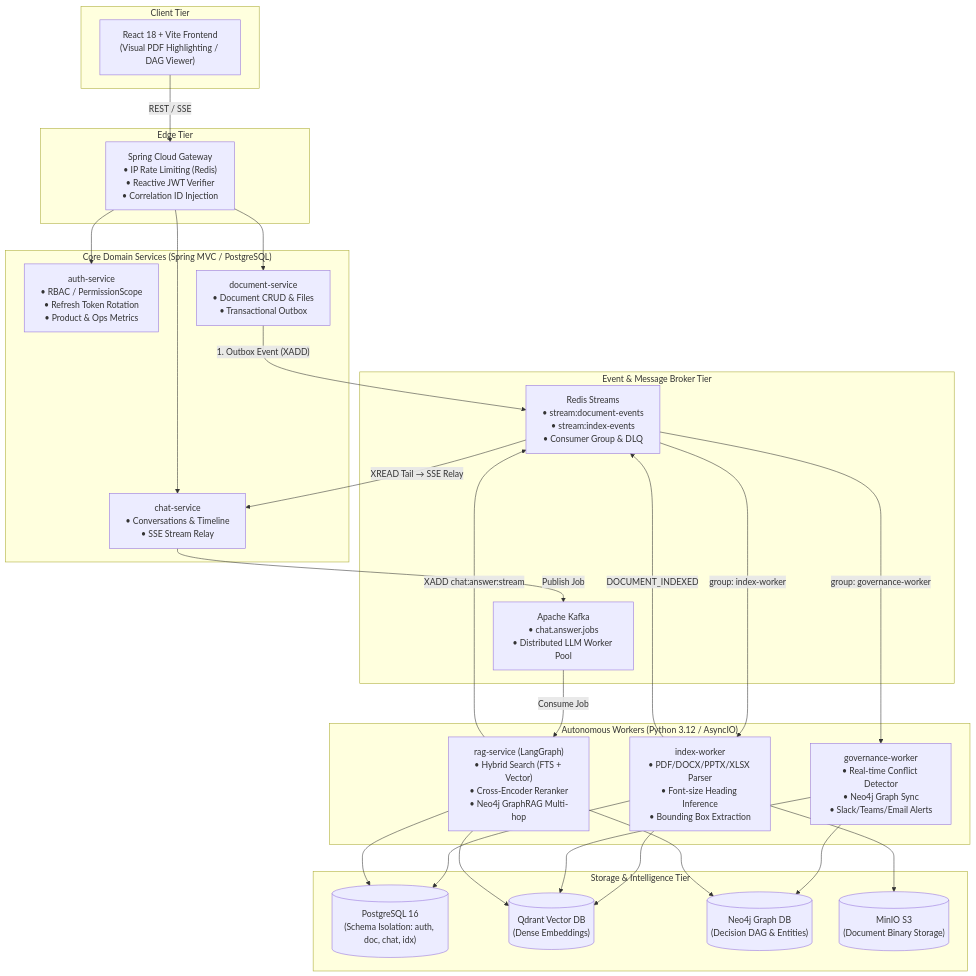
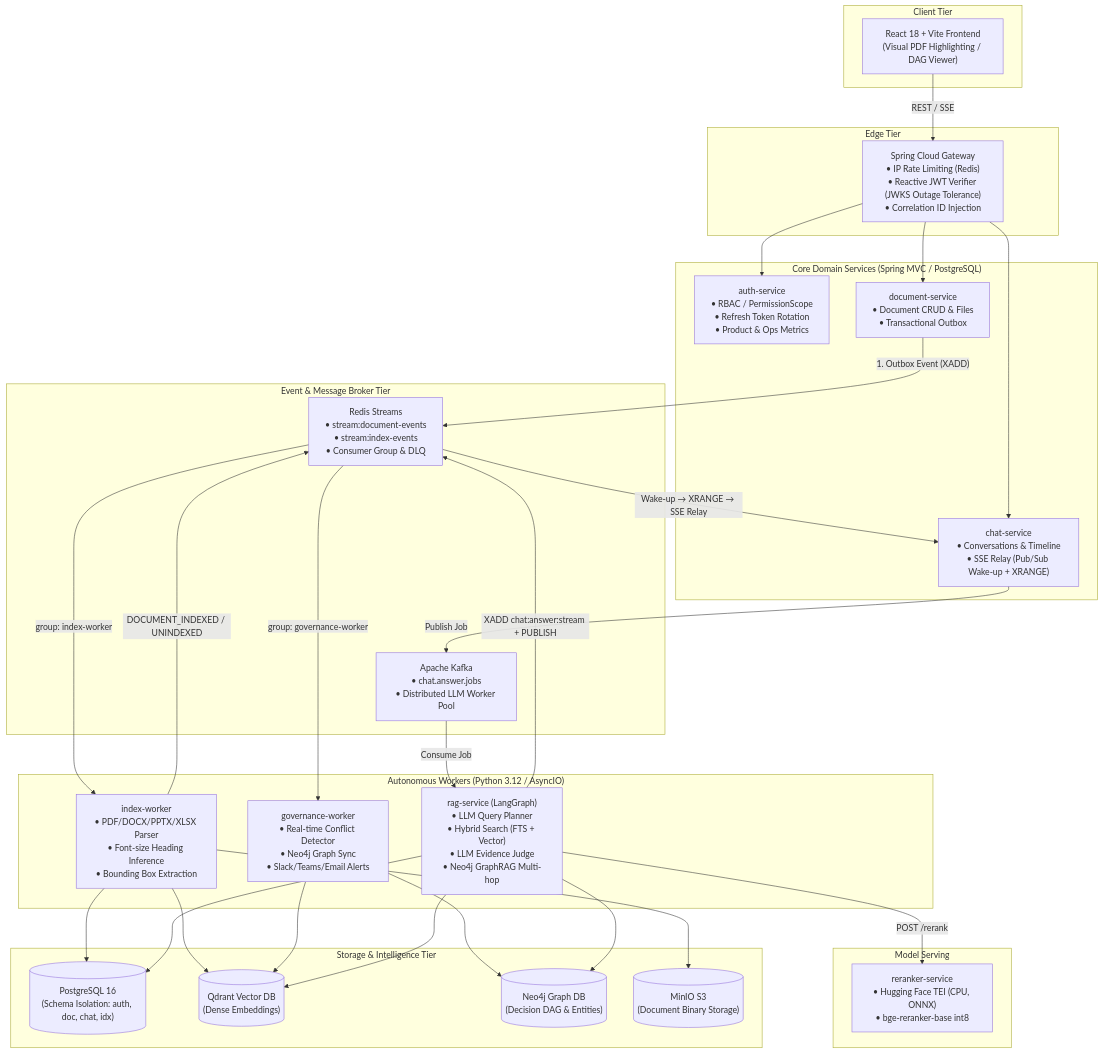
The diagram in README.md (bbbbb0413/org-decision-history), drawn with Mermaid before and after one commit. The commit also changed other lines of this file and 191 other files, not shown here.

First line of the commit message:
feat: reranker serving, SSE pub/sub relay, gateway auth resilience, LLM query planning and evidence judging

````diff
--- a/README.md
+++ b/README.md
@@ -39,59 +39,64 @@
 ```mermaid
 flowchart TB
     subgraph Client["Client Tier"]
         UI["React 18 + Vite Frontend<br/>(Visual PDF Highlighting / DAG Viewer)"]
     end
 
     subgraph Edge["Edge Tier"]
-        GW["Spring Cloud Gateway<br/>• IP Rate Limiting (Redis)<br/>• Reactive JWT Verifier<br/>• Correlation ID Injection"]
+        GW["Spring Cloud Gateway<br/>• IP Rate Limiting (Redis)<br/>• Reactive JWT Verifier (JWKS Outage Tolerance)<br/>• Correlation ID Injection"]
     end
 
     subgraph CoreServices["Core Domain Services (Spring MVC / PostgreSQL)"]
         AUTH["auth-service<br/>• RBAC / PermissionScope<br/>• Refresh Token Rotation<br/>• Product & Ops Metrics"]
         DOC["document-service<br/>• Document CRUD & Files<br/>• Transactional Outbox"]
-        CHAT["chat-service<br/>• Conversations & Timeline<br/>• SSE Stream Relay"]
+        CHAT["chat-service<br/>• Conversations & Timeline<br/>• SSE Relay (Pub/Sub Wake-up + XRANGE)"]
     end
 
     subgraph EventBrokers["Event & Message Broker Tier"]
         RS["Redis Streams<br/>• stream:document-events<br/>• stream:index-events<br/>• Consumer Group & DLQ"]
         KAFKA["Apache Kafka<br/>• chat.answer.jobs<br/>• Distributed LLM Worker Pool"]
     end
 
     subgraph Workers["Autonomous Workers (Python 3.12 / AsyncIO)"]
         IDX["index-worker<br/>• PDF/DOCX/PPTX/XLSX Parser<br/>• Font-size Heading Inference<br/>• Bounding Box Extraction"]
         GOV["governance-worker<br/>• Real-time Conflict Detector<br/>• Neo4j Graph Sync<br/>• Slack/Teams/Email Alerts"]
-        RAG["rag-service (LangGraph)<br/>• Hybrid Search (FTS + Vector)<br/>• Cross-Encoder Reranker<br/>• Neo4j GraphRAG Multi-hop"]
+        RAG["rag-service (LangGraph)<br/>• LLM Query Planner<br/>• Hybrid Search (FTS + Vector)<br/>• LLM Evidence Judge<br/>• Neo4j GraphRAG Multi-hop"]
+    end
+
+    subgraph Models["Model Serving"]
+        RR["reranker-service<br/>• Hugging Face TEI (CPU, ONNX)<br/>• bge-reranker-base int8"]
     end
 
     subgraph Storage["Storage & Intelligence Tier"]
         PG[("PostgreSQL 16<br/>(Schema Isolation: auth, doc, chat, idx)")]
         QD[("Qdrant Vector DB<br/>(Dense Embeddings)")]
         N4J[("Neo4j Graph DB<br/>(Decision DAG & Entities)")]
         MIO[("MinIO S3<br/>(Document Binary Storage)")]
     end
 
     %% Client to Edge
     UI -->|REST / SSE| GW
 
     %% Edge to Core
     GW --> AUTH & DOC & CHAT
 
     %% Core to Events
     DOC -->|"1. Outbox Event (XADD)"| RS
     CHAT -->|"Publish Job"| KAFKA
 
     %% Events to Workers
     RS -->|"group: index-worker"| IDX
-    IDX -->|"DOCUMENT_INDEXED"| RS
+    IDX -->|"DOCUMENT_INDEXED / UNINDEXED"| RS
     RS -->|"group: governance-worker"| GOV
     KAFKA -->|"Consume Job"| RAG
 
     %% Workers to Storage
     IDX --> QD & PG & MIO
     GOV --> QD & N4J
     RAG --> QD & N4J & PG
+    RAG -->|"POST /rerank"| RR
 
     %% Worker to SSE Stream
-    RAG -->|"XADD chat:answer:stream"| RS
-    RS -->|"XREAD Tail → SSE Relay"| CHAT
+    RAG -->|"XADD chat:answer:stream + PUBLISH"| RS
+    RS -->|"Wake-up → XRANGE → SSE Relay"| CHAT
 ```
````
